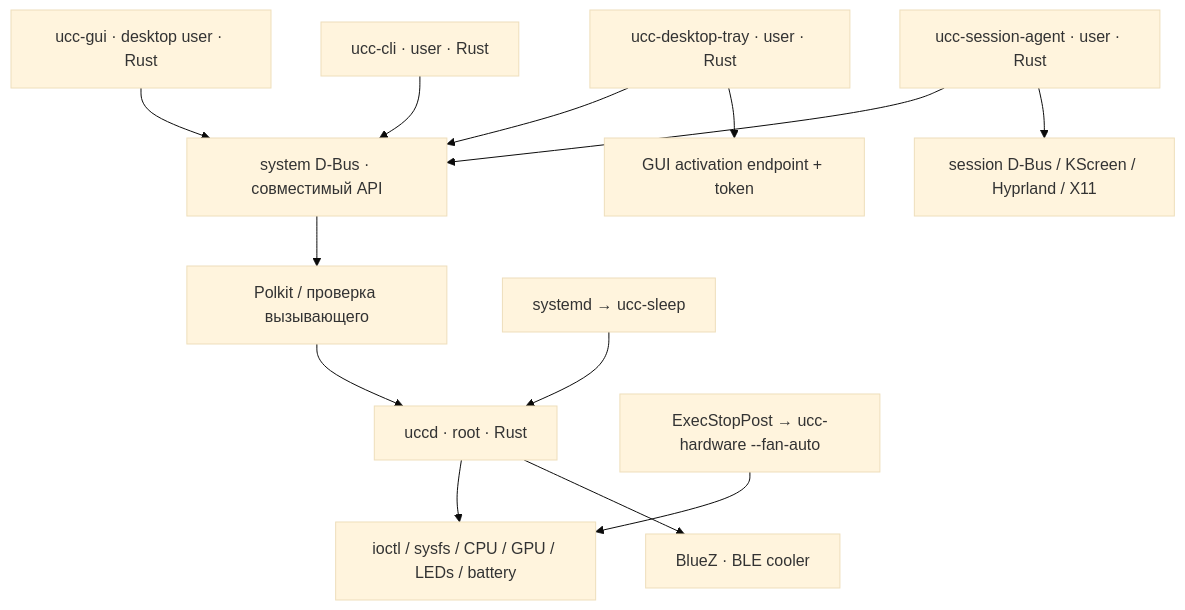
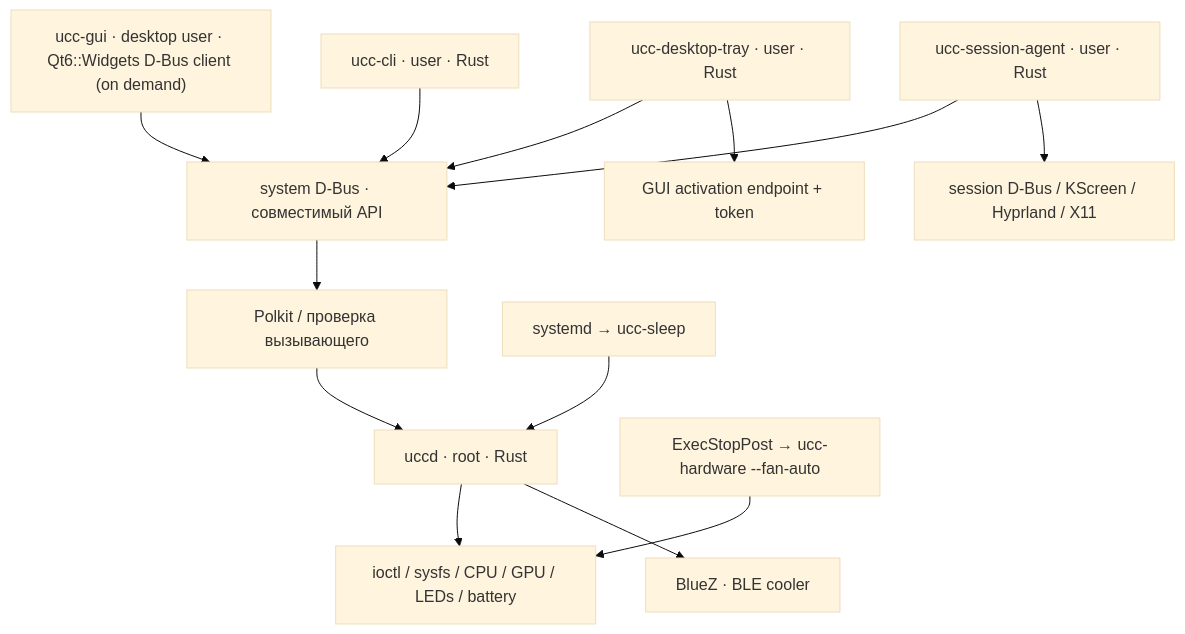
Before and after one commit to Frixlt/UCC: the diagram in docs/rust/MIGRATION_PLAN.md, drawn with Mermaid (base theme). The commit also changed other lines of this file and 11 other files, not shown here.

````diff
--- a/docs/rust/MIGRATION_PLAN.md
+++ b/docs/rust/MIGRATION_PLAN.md
@@ -153,15 +151,15 @@
 ```mermaid
 flowchart TB
-  GUI["ucc-gui · desktop user · Rust"] --> BUS["system D-Bus · совместимый API"]
+  GUI["ucc-gui · desktop user · Qt6::Widgets D-Bus client (on demand)"] --> BUS["system D-Bus · совместимый API"]
   CLI["ucc-cli · user · Rust"] --> BUS
   TRAY["ucc-desktop-tray · user · Rust"] --> BUS
   AGENT["ucc-session-agent · user · Rust"] --> BUS
   BUS --> AUTH["Polkit / проверка вызывающего"]
   AUTH --> DAEMON["uccd · root · Rust"]
   DAEMON --> IO["ioctl / sysfs / CPU / GPU / LEDs / battery"]
   DAEMON --> BLE["BlueZ · BLE cooler"]
   AGENT --> SESSION["session D-Bus / KScreen / Hyprland / X11"]
   TRAY --> ACT["GUI activation endpoint + token"]
   SLEEP["systemd → ucc-sleep"] --> DAEMON
   STOP["ExecStopPost → ucc-hardware --fan-auto"] --> IO
 ```
````
